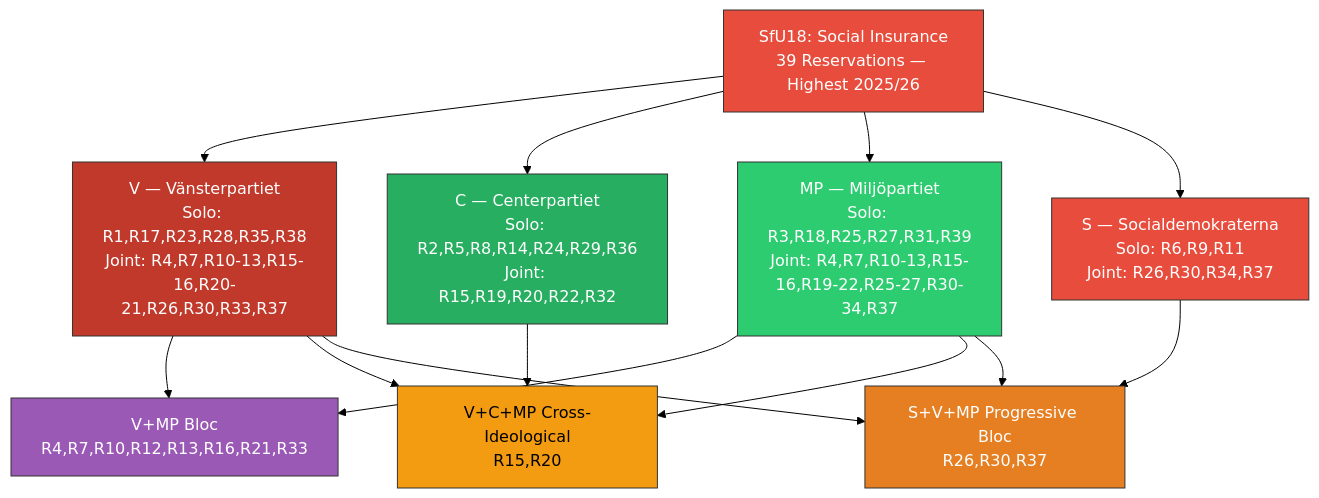
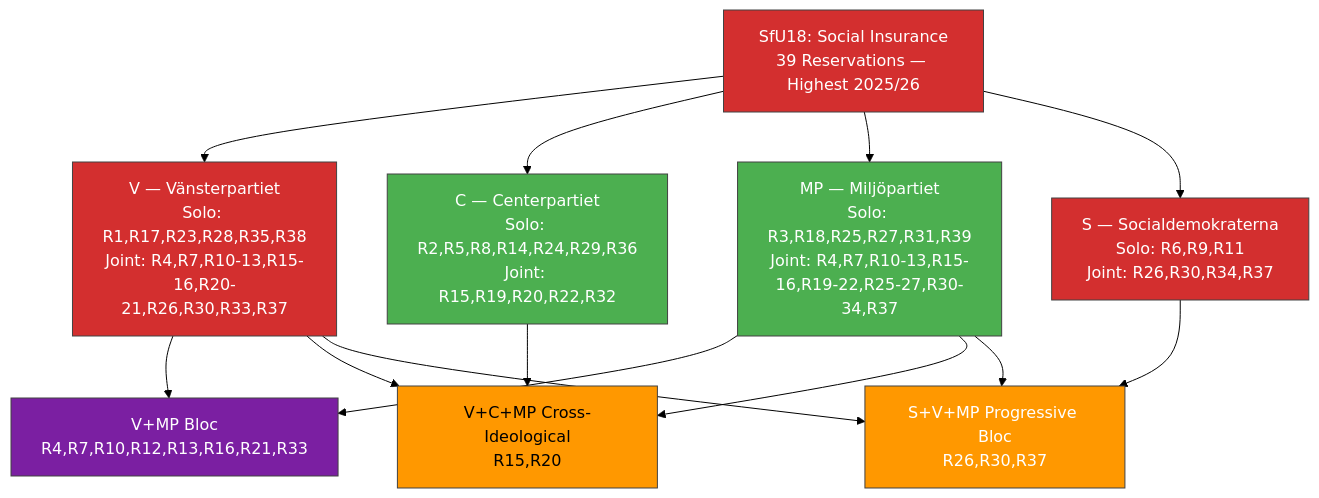
The diagram in analysis/daily/2026-04-01/committeeReports/documents/hd01sfu18-analysis.md (Hack23/riksdagsmonitor), drawn with Mermaid (forest theme) before and after one commit. The commit also changed 785 other files, not shown here.

First line of the commit message:
Normalize mermaid colors across 786 analysis artifacts to ISMS Style Guide palette

````diff
--- a/analysis/daily/2026-04-01/committeeReports/documents/hd01sfu18-analysis.md
+++ b/analysis/daily/2026-04-01/committeeReports/documents/hd01sfu18-analysis.md
@@ -66,22 +66,22 @@
 ```mermaid
 flowchart TD
     A[SfU18: Social Insurance<br/>39 Reservations — Highest 2025/26]:::committee
     
     A --> V[V — Vänsterpartiet<br/>Solo: R1,R17,R23,R28,R35,R38<br/>Joint: R4,R7,R10-13,R15-16,R20-21,R26,R30,R33,R37]:::vParty
     A --> C[C — Centerpartiet<br/>Solo: R2,R5,R8,R14,R24,R29,R36<br/>Joint: R15,R19,R20,R22,R32]:::cParty
     A --> MP[MP — Miljöpartiet<br/>Solo: R3,R18,R25,R27,R31,R39<br/>Joint: R4,R7,R10-13,R15-16,R19-22,R25-27,R30-34,R37]:::mpParty
     A --> S[S — Socialdemokraterna<br/>Solo: R6,R9,R11<br/>Joint: R26,R30,R34,R37]:::sParty
     
     V & MP --> VM[V+MP Bloc<br/>R4,R7,R10,R12,R13,R16,R21,R33]:::vmBloc
     V & C & MP --> VCM[V+C+MP Cross-Ideological<br/>R15,R20]:::vcmBloc
     S & V & MP --> SVM[S+V+MP Progressive Bloc<br/>R26,R30,R37]:::svmBloc
     
-    classDef committee fill:#e74c3c,stroke:#333,color:#fff
-    classDef vParty fill:#c0392b,stroke:#333,color:#fff
-    classDef cParty fill:#27ae60,stroke:#333,color:#fff
-    classDef mpParty fill:#2ecc71,stroke:#333,color:#fff
-    classDef sParty fill:#e74c3c,stroke:#333,color:#fff
-    classDef vmBloc fill:#9b59b6,stroke:#333,color:#fff
-    classDef vcmBloc fill:#f39c12,stroke:#333,color:#000
-    classDef svmBloc fill:#e67e22,stroke:#333,color:#fff
+    classDef committee fill:#D32F2F,stroke:#424242,color:#FFFFFF
+    classDef vParty fill:#D32F2F,stroke:#424242,color:#FFFFFF
+    classDef cParty fill:#4CAF50,stroke:#424242,color:#FFFFFF
+    classDef mpParty fill:#4CAF50,stroke:#424242,color:#FFFFFF
+    classDef sParty fill:#D32F2F,stroke:#424242,color:#FFFFFF
+    classDef vmBloc fill:#7B1FA2,stroke:#424242,color:#FFFFFF
+    classDef vcmBloc fill:#FF9800,stroke:#424242,color:#000000
+    classDef svmBloc fill:#FF9800,stroke:#424242,color:#FFFFFF
 ```
````
